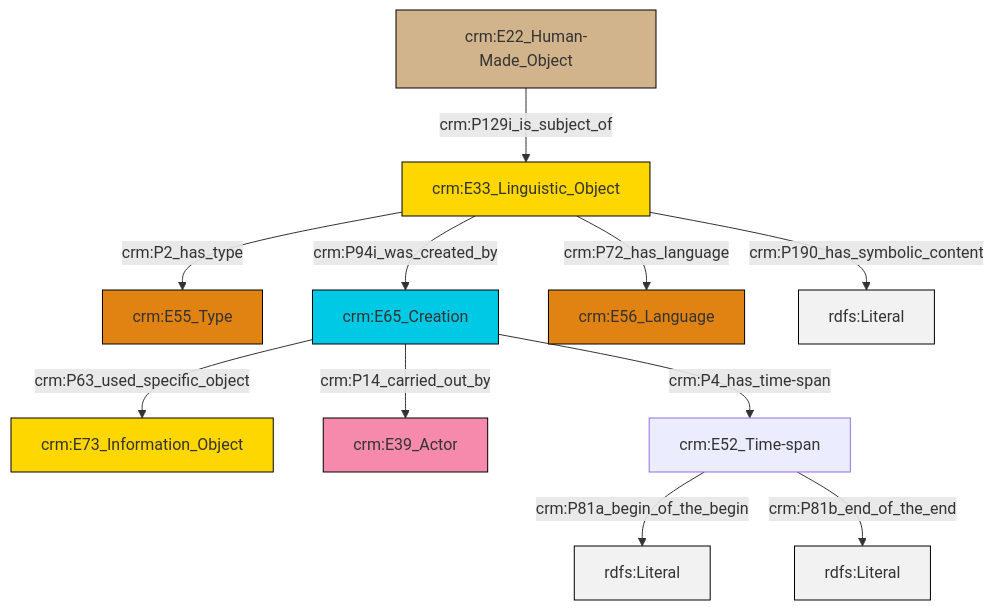
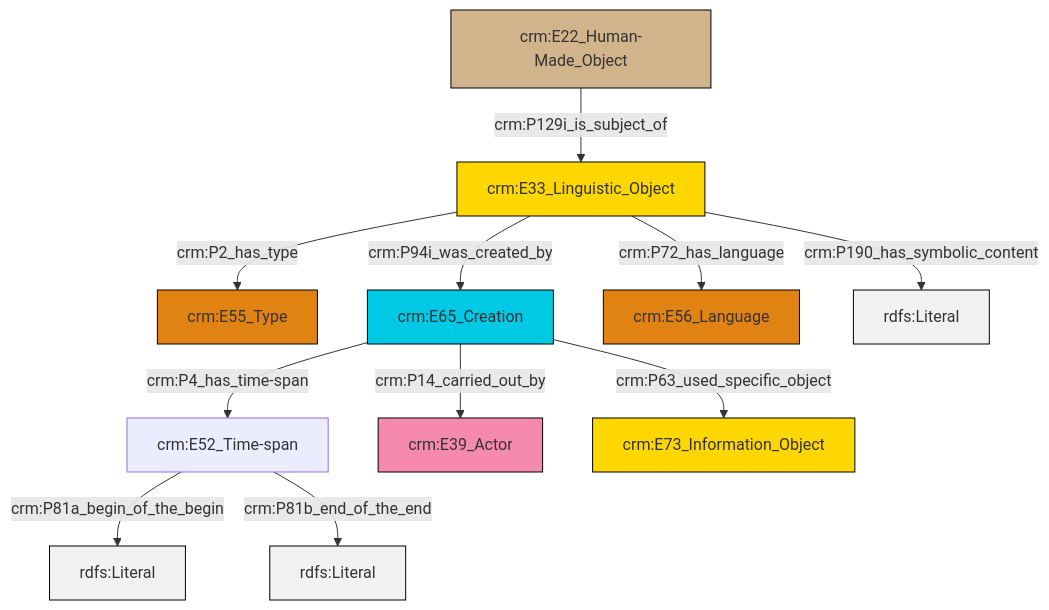
The diagram in et/carrierCSV/ttl/mmd/carrier_description.ttl.mmd (swiss-art-research-net/docs.swissartresearch), drawn with Mermaid before and after one commit. The commit also changed 173 other files, not shown here.

```diff
--- a/et/carrierCSV/ttl/mmd/carrier_description.ttl.mmd
+++ b/et/carrierCSV/ttl/mmd/carrier_description.ttl.mmd
@@ -1,25 +1,25 @@
 graph TD
 classDef Literal fill:#f2f2f2,stroke:#000000;
 classDef CRM_Entity fill:#FFFFFF,stroke:#000000;
 classDef Temporal_Entity fill:#00C9E6, stroke:#000000;
 classDef Type fill:#E18312, stroke:#000000;
 classDef Time-Span fill:#2C9C91, stroke:#000000;
 classDef Appellation fill:#FFEB7F, stroke:#000000;
 classDef Place fill:#008836, stroke:#000000;
 classDef Persistent_Item fill:#B266B2, stroke:#000000;
 classDef Conceptual_Object fill:#FFD700, stroke:#000000;
 classDef Physical_Thing fill:#D2B48C, stroke:#000000;
 classDef Actor fill:#f58aad, stroke:#000000;
 classDef PC_Classes fill:#4ce600, stroke:#000000;
 classDef Multi fill:#cccccc,stroke:#000000;
 
 0["crm:E33_Linguistic_Object"]:::Conceptual_Object -->|crm:P2_has_type| 1["crm:E55_Type"]:::Type
-4["crm:E65_Creation"]:::Temporal_Entity -->|crm:P14_carried_out_by| 5["crm:E39_Actor"]:::Actor
-0["crm:E33_Linguistic_Object"]:::Conceptual_Object -->|crm:P94i_was_created_by| 4["crm:E65_Creation"]:::Temporal_Entity
-4["crm:E65_Creation"]:::Temporal_Entity -->|crm:P63_used_specific_object| 2["crm:E73_Information_Object"]:::Conceptual_Object
-10["crm:E22_Human-Made_Object"]:::Physical_Thing -->|crm:P129i_is_subject_of| 0["crm:E33_Linguistic_Object"]:::Conceptual_Object
-0["crm:E33_Linguistic_Object"]:::Conceptual_Object -->|crm:P190_has_symbolic_content| 13[rdfs:Literal]:::Literal
-11["crm:E52_Time-span"]:::Default -->|crm:P81a_begin_of_the_begin| 15[rdfs:Literal]:::Literal
-4["crm:E65_Creation"]:::Temporal_Entity -->|crm:P4_has_time-span| 11["crm:E52_Time-span"]:::Default
-11["crm:E52_Time-span"]:::Default -->|crm:P81b_end_of_the_end| 18[rdfs:Literal]:::Literal
-0["crm:E33_Linguistic_Object"]:::Conceptual_Object -->|crm:P72_has_language| 8["crm:E56_Language"]:::Type
+2["crm:E52_Time-span"]:::Default -->|crm:P81a_begin_of_the_begin| 3[rdfs:Literal]:::Literal
+6["crm:E22_Human-Made_Object"]:::Physical_Thing -->|crm:P129i_is_subject_of| 0["crm:E33_Linguistic_Object"]:::Conceptual_Object
+0["crm:E33_Linguistic_Object"]:::Conceptual_Object -->|crm:P94i_was_created_by| 11["crm:E65_Creation"]:::Temporal_Entity
+11["crm:E65_Creation"]:::Temporal_Entity -->|crm:P63_used_specific_object| 9["crm:E73_Information_Object"]:::Conceptual_Object
+0["crm:E33_Linguistic_Object"]:::Conceptual_Object -->|crm:P72_has_language| 12["crm:E56_Language"]:::Type
+0["crm:E33_Linguistic_Object"]:::Conceptual_Object -->|crm:P190_has_symbolic_content| 14[rdfs:Literal]:::Literal
+11["crm:E65_Creation"]:::Temporal_Entity -->|crm:P14_carried_out_by| 4["crm:E39_Actor"]:::Actor
+11["crm:E65_Creation"]:::Temporal_Entity -->|crm:P4_has_time-span| 2["crm:E52_Time-span"]:::Default
+2["crm:E52_Time-span"]:::Default -->|crm:P81b_end_of_the_end| 18[rdfs:Literal]:::Literal
```
